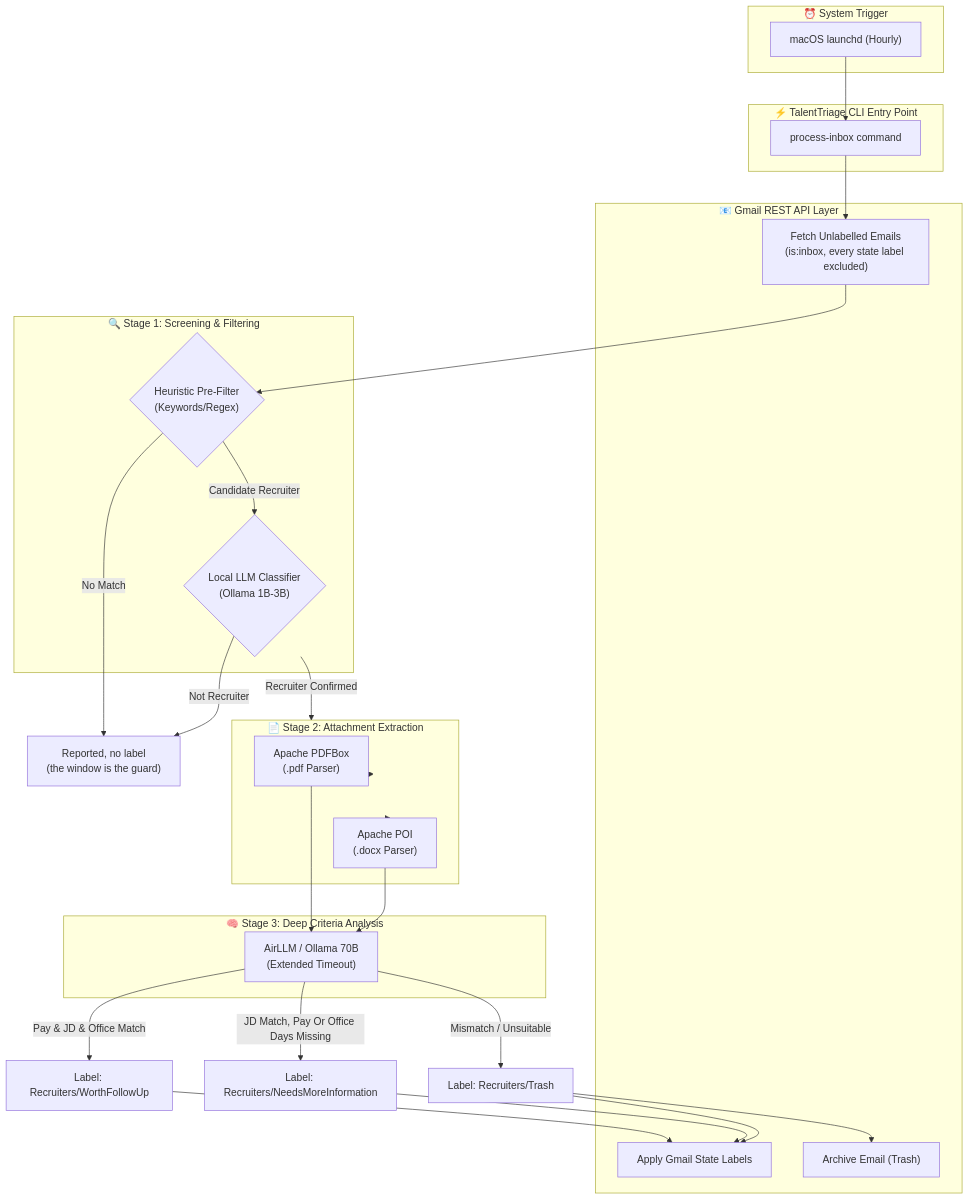
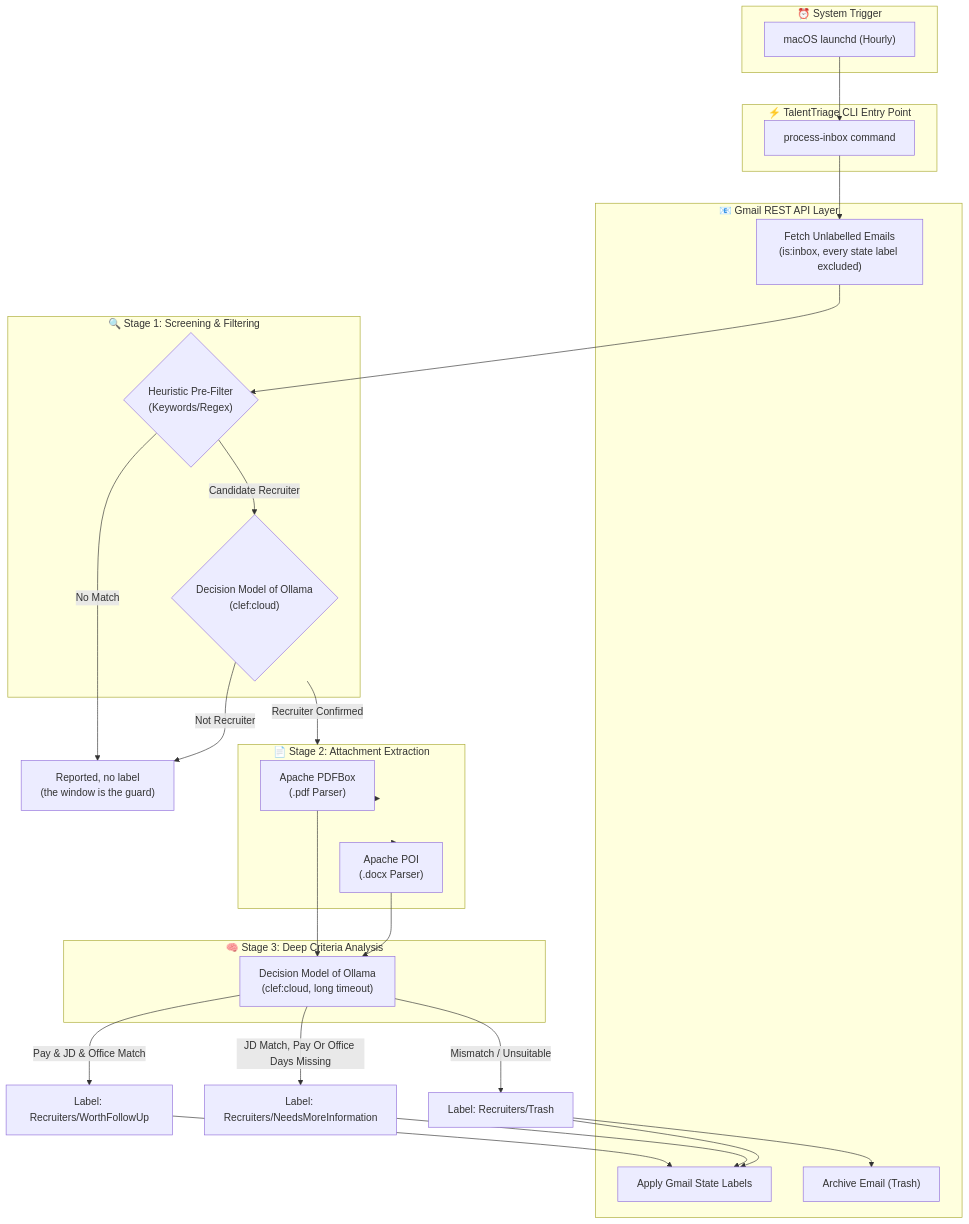
One commit to mlk/TalentTriage changed the diagram in README.md. Above: the diagram before and after it, drawn with Mermaid. The commit also changed other lines of this file, not shown here.

````diff
--- a/README.md
+++ b/README.md
@@ -15,59 +15,59 @@
 ```mermaid
 flowchart TD
     subgraph Trigger ["⏰ System Trigger"]
         launchd["macOS launchd (Hourly)"]
     end
 
     subgraph CLI ["⚡ TalentTriage CLI Entry Point"]
         Command["process-inbox command"]
     end
 
     subgraph GmailAPI ["📧 Gmail REST API Layer"]
         Fetch["Fetch Unlabelled Emails\n(is:inbox, every state label excluded)"]
         ApplyLabel["Apply Gmail State Labels"]
         Archive["Archive Email (Trash)"]
     end
 
     subgraph Stage1 ["🔍 Stage 1: Screening & Filtering"]
         Heuristics{"Heuristic Pre-Filter\n(Keywords/Regex)"}
-        LocalLLM{"Local LLM Classifier\n(Ollama 1B-3B)"}
+        LocalLLM{"Decision Model of Ollama\n(clef:cloud)"}
     end
 
     subgraph Stage2 ["📄 Stage 2: Attachment Extraction"]
         PDFParser["Apache PDFBox\n(.pdf Parser)"]
         WordParser["Apache POI\n(.docx Parser)"]
     end
 
     subgraph Stage3 ["🧠 Stage 3: Deep Criteria Analysis"]
-        AirLLM["AirLLM / Ollama 70B\n(Extended Timeout)"]
+        AirLLM["Decision Model of Ollama\n(clef:cloud, long timeout)"]
     end
 
     %% Execution Flow
     launchd --> Command
     Command --> Fetch
     Fetch --> Heuristics
 
     %% Stage 1 Branching
     Heuristics -- "No Match" --> Report["Reported, no label\n(the window is the guard)"]
     Heuristics -- "Candidate Recruiter" --> LocalLLM
 
     LocalLLM -- "Not Recruiter" --> Report
     LocalLLM -- "Recruiter Confirmed" --> Stage2
 
     %% Stage 2 to Stage 3
     Stage2 --> PDFParser
     Stage2 --> WordParser
     PDFParser --> AirLLM
     WordParser --> AirLLM
 
     %% Stage 3 Branching
     AirLLM -- "Pay & JD & Office Match" --> LabelFollowUp["Label: Recruiters/WorthFollowUp"]
     AirLLM -- "JD Match, Pay Or Office Days Missing" --> LabelMoreInfo["Label: Recruiters/NeedsMoreInformation"]
     AirLLM -- "Mismatch / Unsuitable" --> LabelTrash["Label: Recruiters/Trash"]
 
     %% Gmail Label Updates
     LabelFollowUp --> ApplyLabel
     LabelMoreInfo --> ApplyLabel
     LabelTrash --> ApplyLabel
     LabelTrash --> Archive
 ```
````
